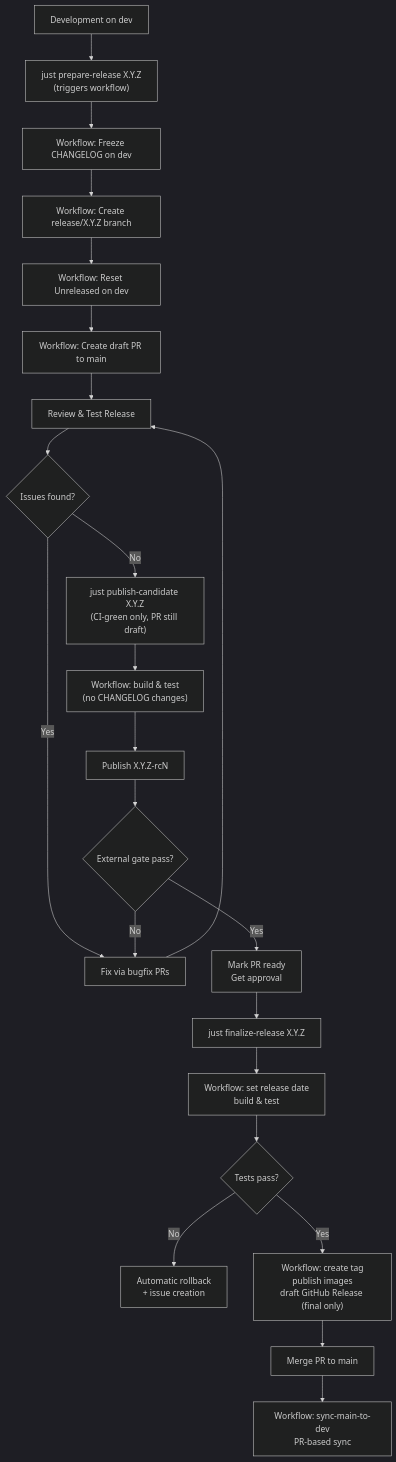
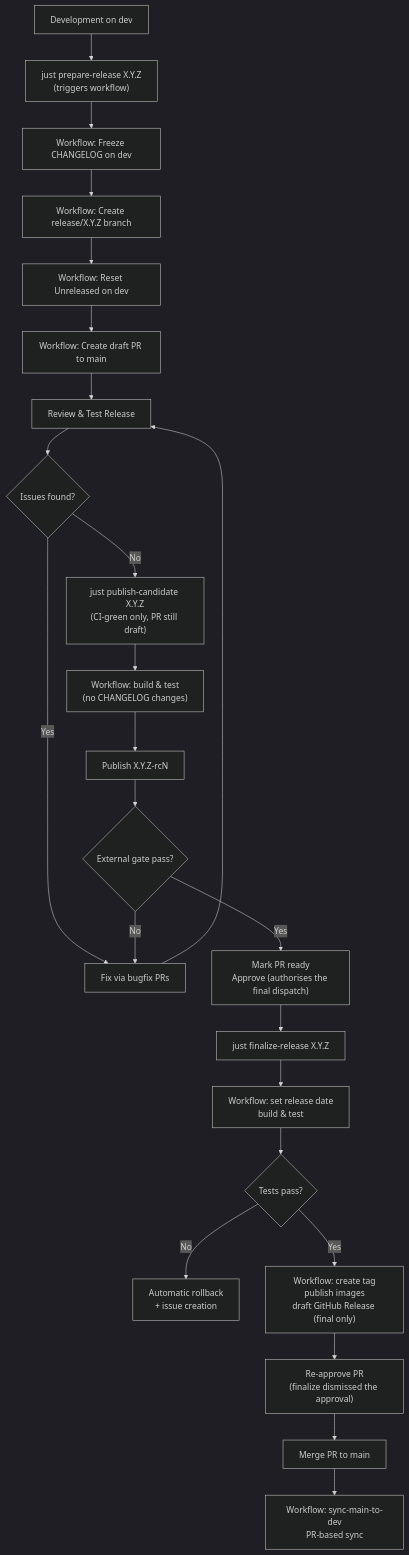
The third of 3 diagrams in docs/RELEASE_CYCLE.md (vig-os/devkit), drawn with Mermaid (dark theme) before and after one commit. The commit also changed other lines of this file and 4 other files, not shown here.

````diff
--- a/docs/RELEASE_CYCLE.md
+++ b/docs/RELEASE_CYCLE.md
@@ -145,25 +145,26 @@
 ```mermaid
 graph TB
     A["Development on dev"] --> B["just prepare-release X.Y.Z<br/>(triggers workflow)"]
     B --> C["Workflow: Freeze CHANGELOG on dev"]
     C --> D["Workflow: Create release/X.Y.Z branch"]
     D --> E["Workflow: Reset Unreleased on dev"]
     E --> F["Workflow: Create draft PR to main"]
     F --> G["Review & Test Release"]
     G --> H{Issues found?}
     H -->|Yes| I["Fix via bugfix PRs"]
     I --> G
     H -->|No| K["just publish-candidate X.Y.Z<br/>(CI-green only, PR still draft)"]
     K --> L["Workflow: build & test<br/>(no CHANGELOG changes)"]
     L --> M["Publish X.Y.Z-rcN"]
     M --> U{External gate pass?}
     U -->|No| I
-    U -->|Yes| J["Mark PR ready<br/>Get approval"]
+    U -->|Yes| J["Mark PR ready<br/>Approve (authorises the final dispatch)"]
     J --> N["just finalize-release X.Y.Z"]
     N --> O["Workflow: set release date<br/>build & test"]
     O --> P{Tests pass?}
     P -->|No| Q["Automatic rollback<br/>+ issue creation"]
     P -->|Yes| R["Workflow: create tag<br/>publish images<br/>draft GitHub Release (final only)"]
-    R --> S["Merge PR to main"]
+    R --> R2["Re-approve PR<br/>(finalize dismissed the approval)"]
+    R2 --> S["Merge PR to main"]
     S --> T["Workflow: sync-main-to-dev<br/>PR-based sync"]
 ```
````
